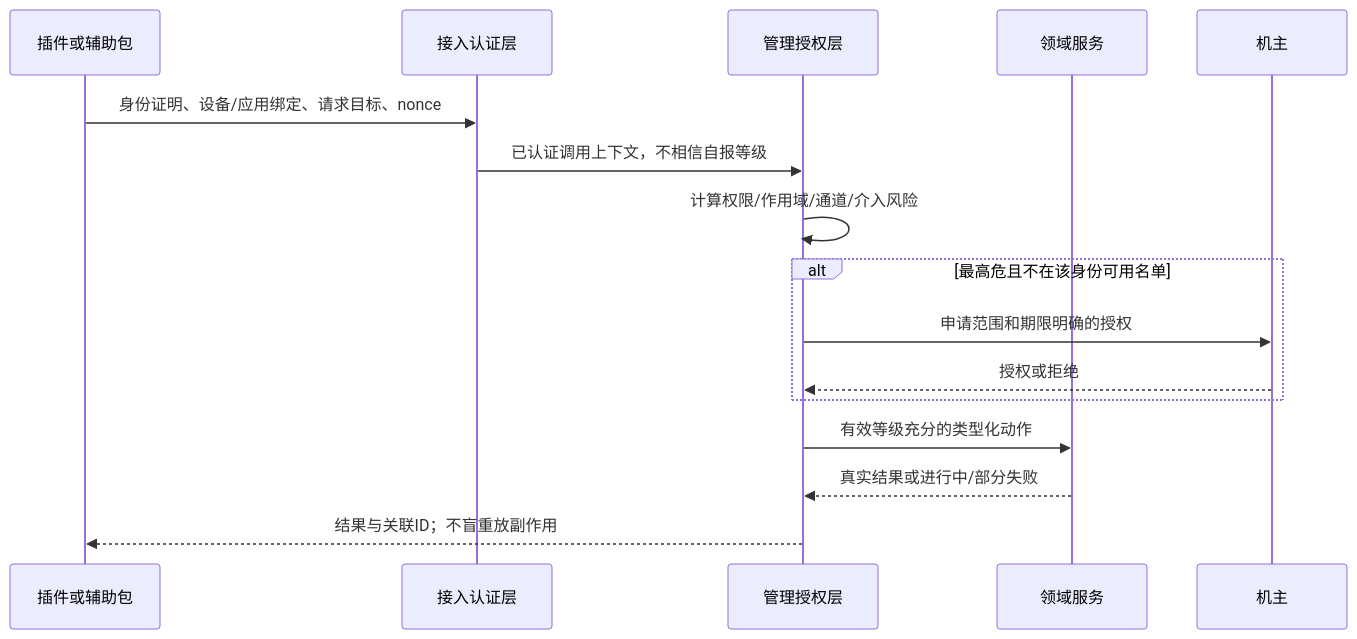
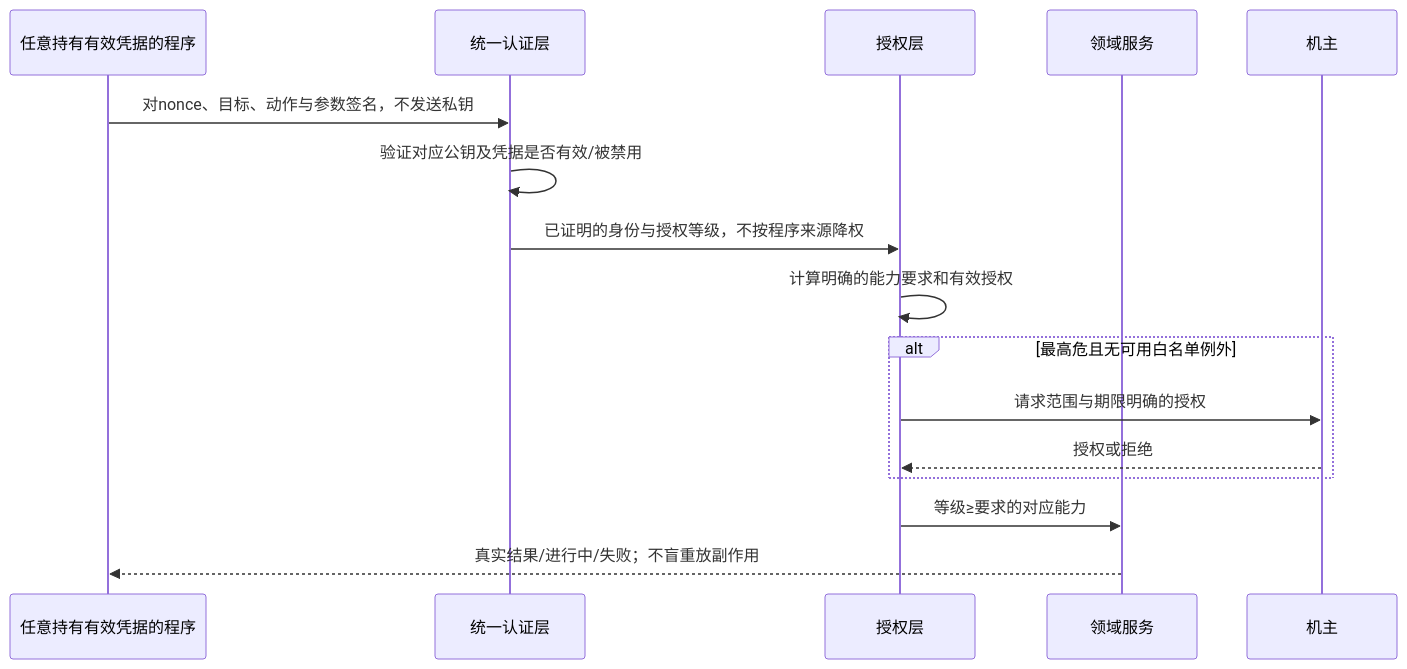
Before and after one commit to 13513208952/ReBrowser: the second of 3 diagrams in planning/geckoview-v2/views/03-entrypoints-and-plugins.md, drawn with Mermaid. The commit also changed other lines of this file and 25 other files, not shown here.

````diff
--- a/planning/geckoview-v2/views/03-entrypoints-and-plugins.md
+++ b/planning/geckoview-v2/views/03-entrypoints-and-plugins.md
@@ -18,18 +17,18 @@
 ```mermaid
 sequenceDiagram
-  participant P as 插件或辅助包
-  participant A as 接入认证层
-  participant G as 管理授权层
+  participant P as 任意持有有效凭据的程序
+  participant A as 统一认证层
+  participant G as 授权层
   participant D as 领域服务
   participant O as 机主
-  P->>A: 身份证明、设备/应用绑定、请求目标、nonce
-  A->>G: 已认证调用上下文，不相信自报等级
-  G->>G: 计算权限/作用域/通道/介入风险
-  alt 最高危且不在该身份可用名单
-    G->>O: 申请范围和期限明确的授权
+  P->>A: 对nonce、目标、动作与参数签名，不发送私钥
+  A->>A: 验证对应公钥及凭据是否有效/被禁用
+  A->>G: 已证明的身份与授权等级，不按程序来源降权
+  G->>G: 计算明确的能力要求和有效授权
+  alt 最高危且无可用白名单例外
+    G->>O: 请求范围与期限明确的授权
     O-->>G: 授权或拒绝
   end
-  G->>D: 有效等级充分的类型化动作
-  D-->>G: 真实结果或进行中/部分失败
-  G-->>P: 结果与关联ID；不盲重放副作用
+  G->>D: 等级≥要求的对应能力
+  D-->>P: 真实结果/进行中/失败；不盲重放副作用
 ```
````
